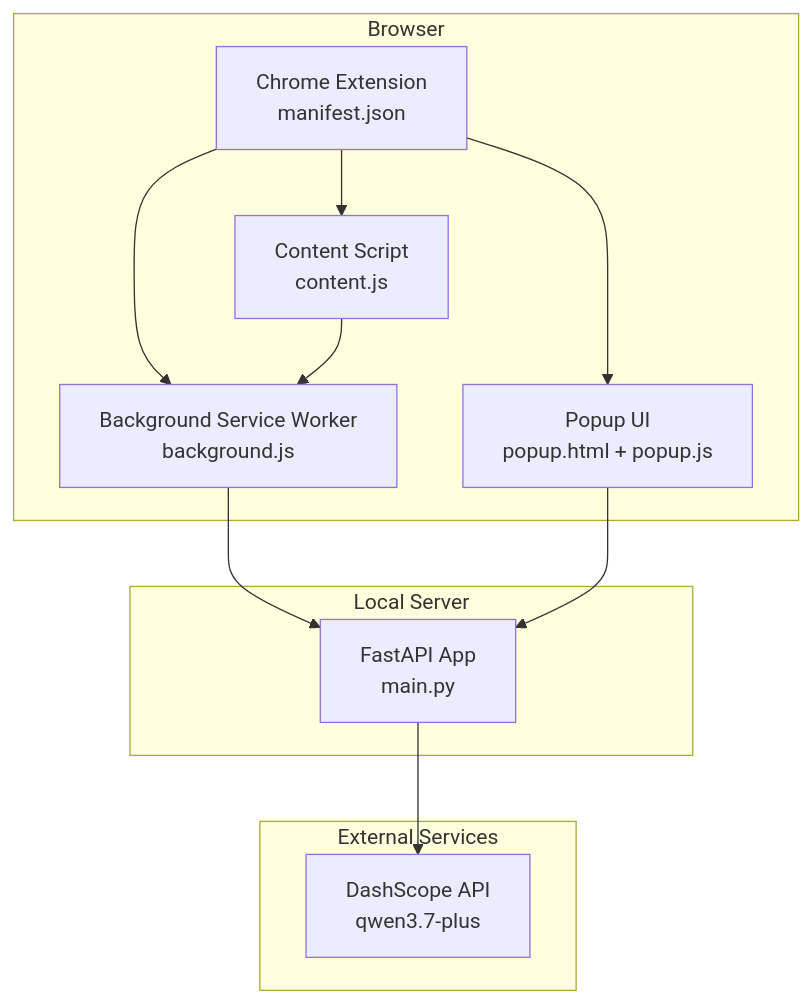
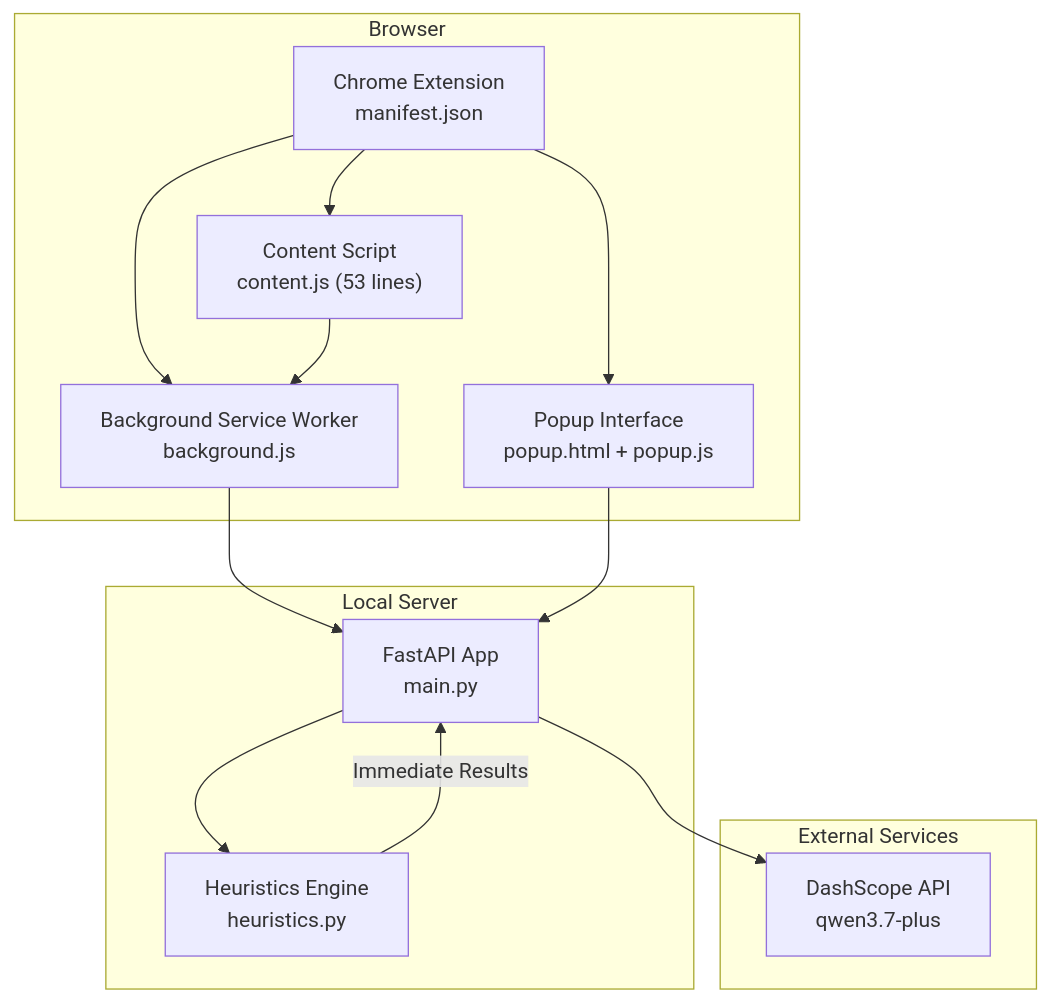
Before and after one commit to Aymanaahh/scrollguard-ai: the first of 7 diagrams in .qoder/repowiki/en/content/System Architecture.md, drawn with Mermaid. The commit also changed other lines of this file and 36 other files, not shown here.

Commit message:
Major refactor: async backend, improved heuristics, modernized popup UI, and optimized content script with MutationObserver + deduplication

````diff
--- a/.qoder/repowiki/en/content/System Architecture.md
+++ b/.qoder/repowiki/en/content/System Architecture.md
@@ -56,22 +58,25 @@
 ```mermaid
 graph TB
 subgraph "Browser"
 A["Chrome Extension<br/>manifest.json"]
-B["Content Script<br/>content.js"]
+B["Content Script<br/>content.js (53 lines)"]
 C["Background Service Worker<br/>background.js"]
-D["Popup UI<br/>popup.html + popup.js"]
+D["Popup Interface<br/>popup.html + popup.js"]
 end
 subgraph "Local Server"
 E["FastAPI App<br/>main.py"]
+F["Heuristics Engine<br/>heuristics.py"]
 end
 subgraph "External Services"
-F["DashScope API<br/>qwen3.7-plus"]
+G["DashScope API<br/>qwen3.7-plus"]
 end
 A --> B
 A --> C
 A --> D
 B --> C
 C --> E
 D --> E
 E --> F
+F --> |Immediate Results| E
+E --> G
 ```
````
